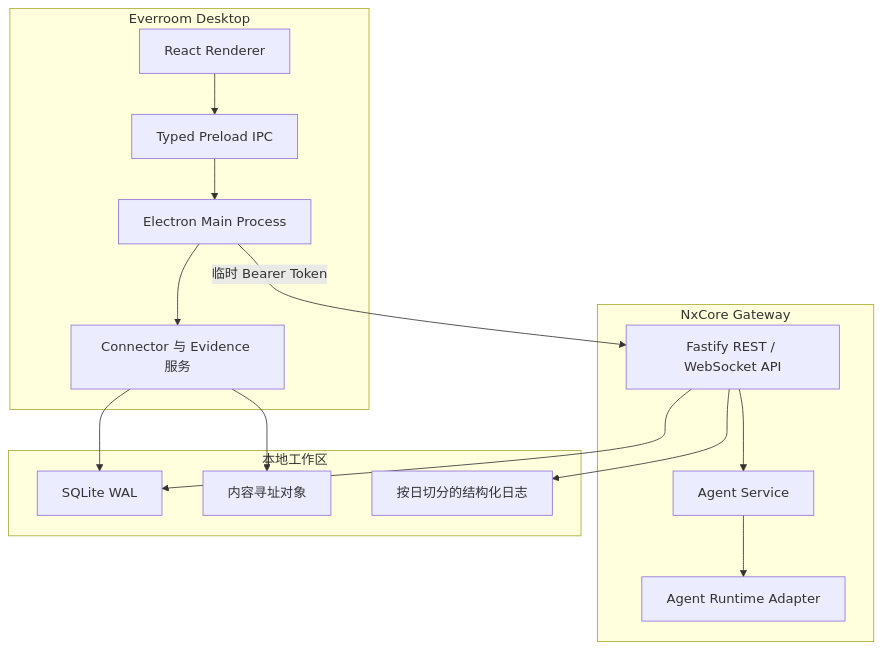
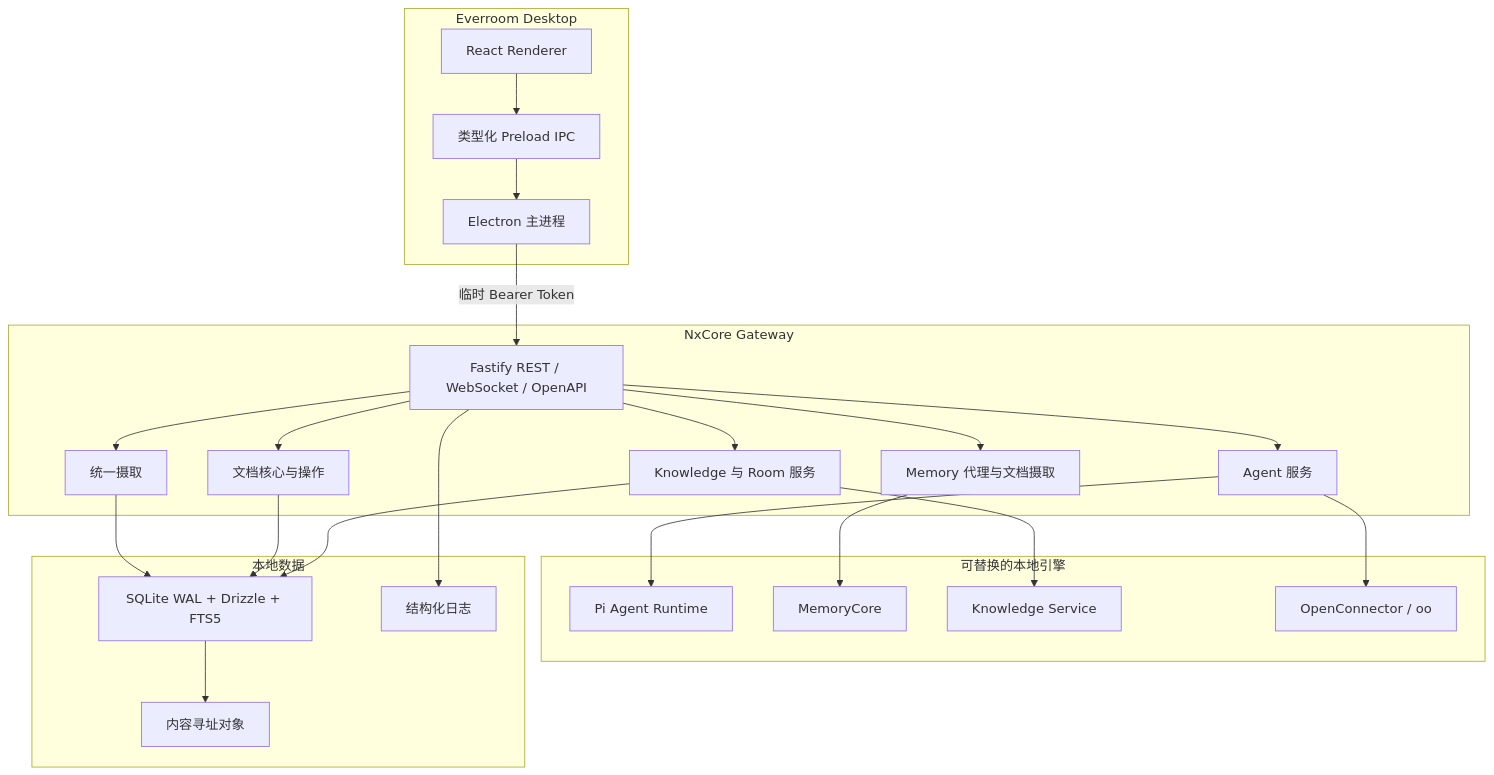
One commit to NxcoreAI/EverRoom changed the second of 2 diagrams in README.zh-CN.md. Above: the diagram before and after it, drawn with Mermaid. The commit also changed other lines of this file and 18 other files, not shown here.

````diff
--- a/README.zh-CN.md
+++ b/README.zh-CN.md
@@ -67,30 +95,47 @@
 ```mermaid
 flowchart TB
     subgraph Desktop["Everroom Desktop"]
         UI["React Renderer"]
-        IPC["Typed Preload IPC"]
-        MAIN["Electron Main Process"]
-        DATA["Connector 与 Evidence 服务"]
+        IPC["类型化 Preload IPC"]
+        MAIN["Electron 主进程"]
         UI --> IPC --> MAIN
-        MAIN --> DATA
     end
 
     subgraph Gateway["NxCore Gateway"]
-        API["Fastify REST / WebSocket API"]
-        AGENT["Agent Service"]
-        RUNTIME["Agent Runtime Adapter"]
-        API --> AGENT --> RUNTIME
+        API["Fastify REST / WebSocket / OpenAPI"]
+        INGEST["统一摄取"]
+        KNOW["Knowledge 与 Room 服务"]
+        MEM["Memory 代理与文档摄取"]
+        DOCS["文档核心与操作"]
+        AGENT["Agent 服务"]
+        API --> INGEST
+        API --> KNOW
+        API --> MEM
+        API --> DOCS
+        API --> AGENT
     end
 
-    subgraph Local["本地工作区"]
-        DB["SQLite WAL"]
+    subgraph Engines["可替换的本地引擎"]
+        PI["Pi Agent Runtime"]
+        MC["MemoryCore"]
+        KS["Knowledge Service"]
+        OC["OpenConnector / oo"]
+    end
+
+    subgraph Storage["本地数据"]
+        DB["SQLite WAL + Drizzle + FTS5"]
         OBJECTS["内容寻址对象"]
-        LOGS["按日切分的结构化日志"]
+        LOGS["结构化日志"]
     end
 
     MAIN -->|"临时 Bearer Token"| API
-    DATA --> DB
-    DATA --> OBJECTS
-    API --> DB
+    AGENT --> PI
+    MEM --> MC
+    KNOW --> KS
+    AGENT --> OC
+    INGEST --> DB
+    DOCS --> DB
+    KNOW --> DB
+    DB --> OBJECTS
     API --> LOGS
 ```
````
